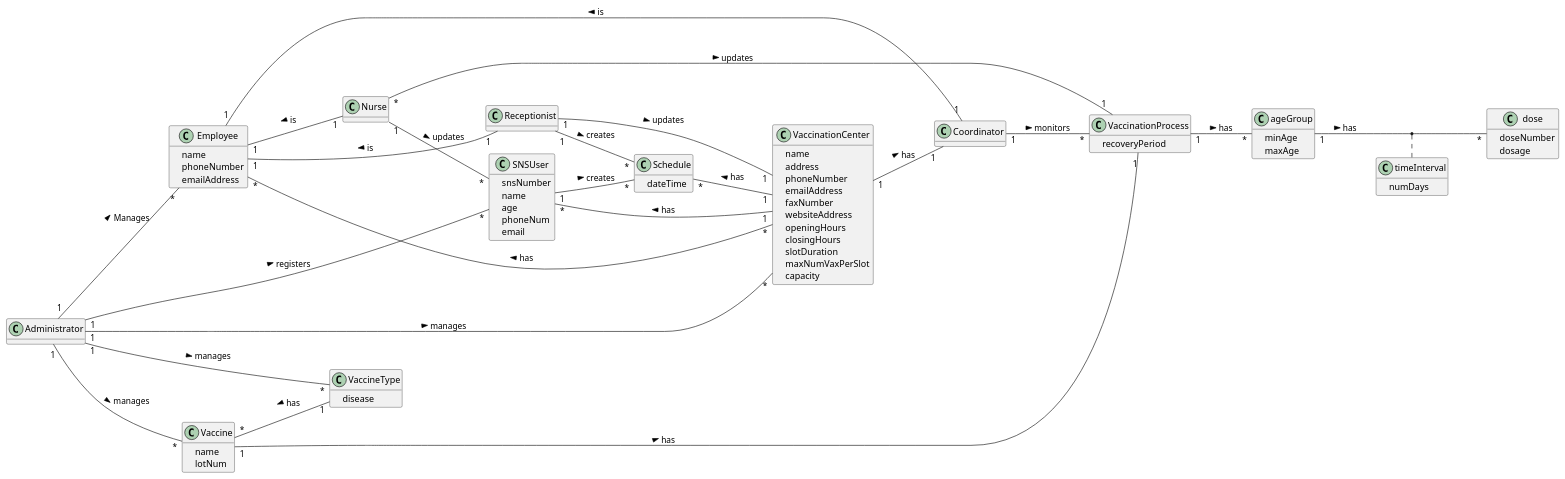
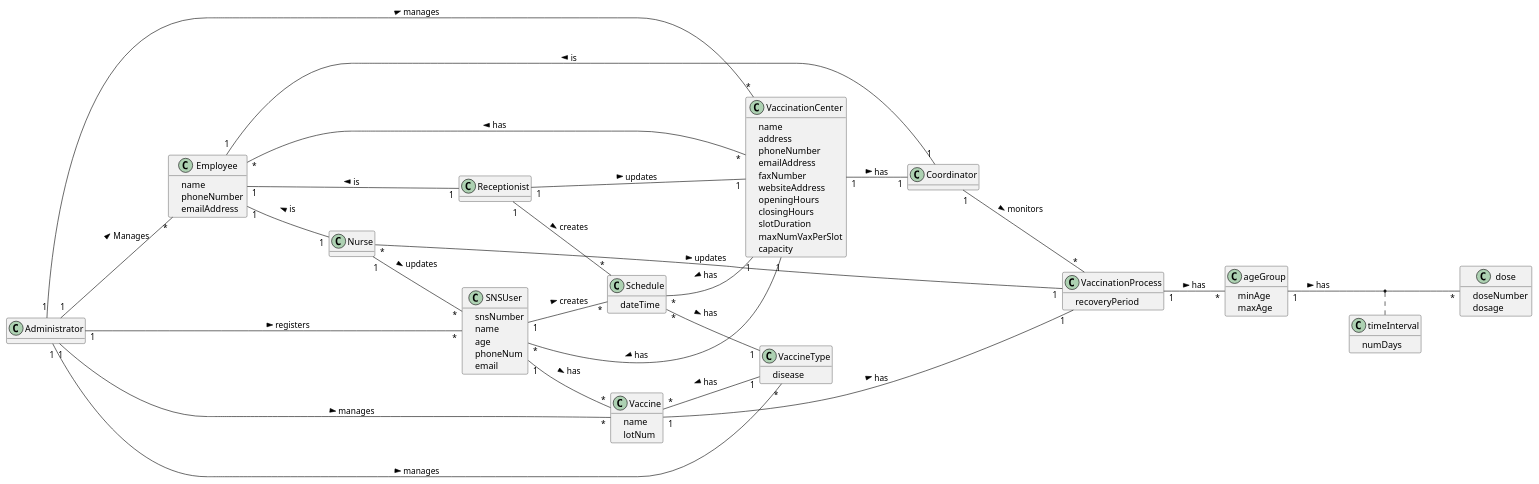
One commit to Norton1337/LAPR2_2122 changed the diagram in docs/SprintA/DM.puml. Above: the diagram before and after it, drawn with PlantUML. The commit also changed 1 other file, not shown here.

```diff
--- a/docs/SprintA/DM.puml
+++ b/docs/SprintA/DM.puml
@@ -1,125 +1,127 @@
 @startuml
 hide methods
 left to right direction
 skinparam classAttributeIconSize 3
 
 
 
 
 class Coordinator{
 
 }
 
 class Nurse {
 
 
 }
 
 class Receptionist{
 
 }
 
 class Administrator{
 
 }
 
 
 class Employee{
     -name
     -phoneNumber
     -emailAddress
 }
 
 class VaccinationCenter {
     -name
     -address
     -phoneNumber
     -emailAddress
     -faxNumber
     -websiteAddress
     -openingHours
     -closingHours
     -slotDuration
     -maxNumVaxPerSlot
     -capacity
 
 }
 
 class Schedule{
     -dateTime
 }
 
 class SNSUser {
     -snsNumber
     -name
     -age
     -phoneNum
     -email
 }
 
 class VaccineType{
     -disease
 
 }
 
 class Vaccine{
     -name
     -lotNum
 }
 
 
 class VaccinationProcess{
     -recoveryPeriod
 }
 
 class ageGroup{
     -minAge
     -maxAge
 }
 class dose{
     -doseNumber
     -dosage
 }
 
 class timeInterval{
     -numDays
 }
 
 Employee "1" -- "1" Nurse: is <
 Employee "1" -- "1" Receptionist: is <
 Employee "1" -- "1" Coordinator: is <
 Administrator "1" -- "*" Employee: Manages >
 
 Employee "*" -- "*" VaccinationCenter: has <
 
 Nurse "*" -- "1" VaccinationProcess: updates >
 Nurse "1" -- "*" SNSUser: updates >
 
 Receptionist "1" -- "1" VaccinationCenter: updates >
 
 Vaccine "1" -- "1" VaccinationProcess: has >
 Vaccine "*" -- "1" VaccineType: has <
 VaccinationProcess "1" -- "*" ageGroup: has >
 ageGroup "1" -- "*" dose: has >
 (ageGroup, dose) .. timeInterval
 
 
 VaccinationCenter "1" -- "*" SNSUser: has >
 VaccinationCenter "1" -- "1" Coordinator: has >
 
 Coordinator "1" -- "*" VaccinationProcess: monitors >
 
 Receptionist "1" -- "*" Schedule: creates >
 
 
 Schedule "*" -- "1" VaccinationCenter: has <
+Schedule "*" -- "1" VaccineType: has >
 
 SNSUser "1" -- "*" Schedule: creates >
+SNSUser "1" -- "*" Vaccine: has >
 
 Administrator "1" -- "*" VaccinationCenter: manages >
 Administrator "1" -- "*" SNSUser: registers >
 Administrator "1" -- "*" Vaccine: manages >
 Administrator "1" -- "*" VaccineType: manages >
 
 
 @enduml
```
